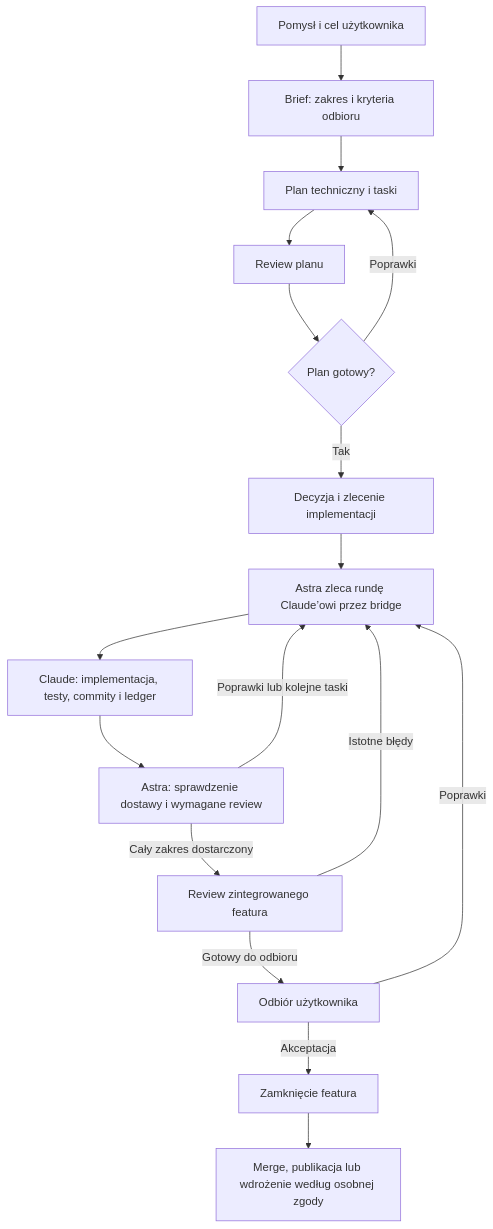
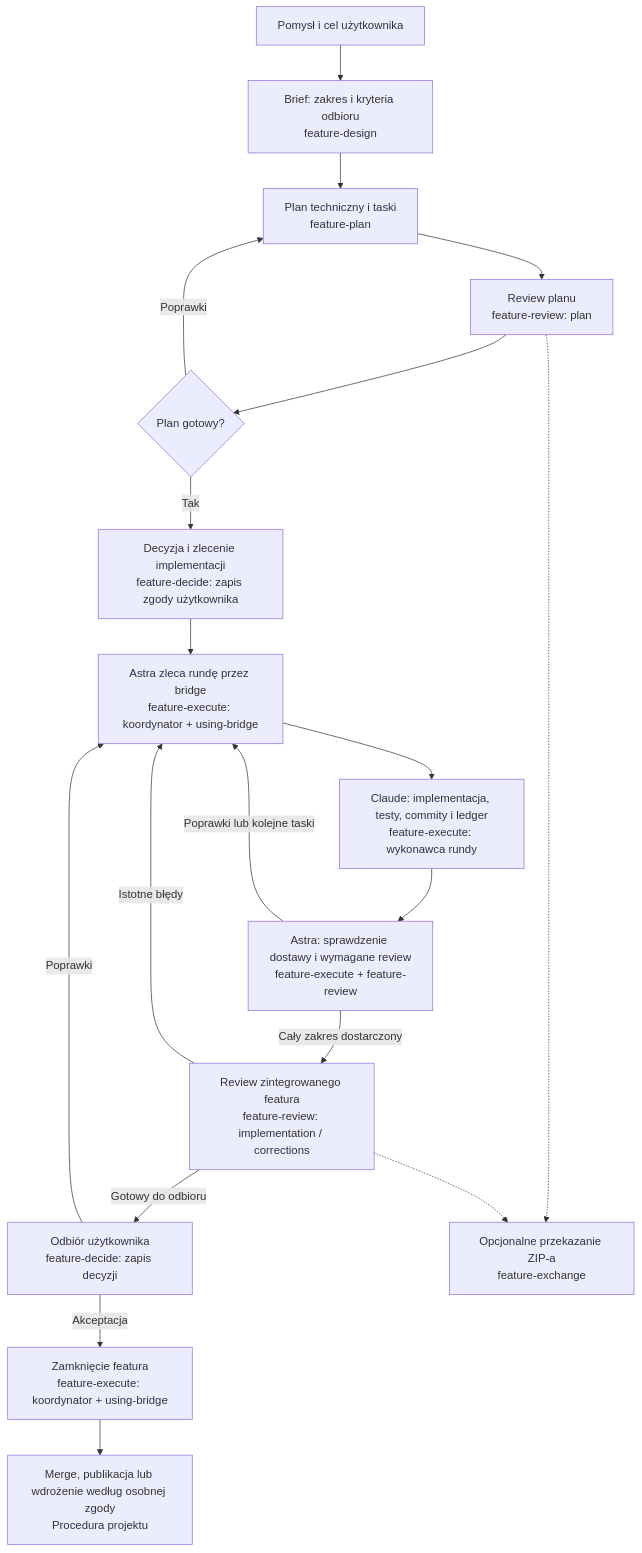
Before and after one commit to McAvity/bidirectional-bridge-claude-codex: the diagram in docs/feature-workflow-guide.md, drawn with Mermaid. The commit also changed other lines of this file and 1 other file, not shown here.

Commit message:
docs: label feature lifecycle diagram with workflow skills

````diff
--- a/docs/feature-workflow-guide.md
+++ b/docs/feature-workflow-guide.md
@@ -10,19 +10,21 @@
 ```mermaid
 flowchart TD
-    A[Pomysł i cel użytkownika] --> B[Brief: zakres i kryteria odbioru]
-    B --> C[Plan techniczny i taski]
-    C --> D[Review planu]
+    A[Pomysł i cel użytkownika] --> B["Brief: zakres i kryteria odbioru<br/>feature-design"]
+    B --> C["Plan techniczny i taski<br/>feature-plan"]
+    C --> D["Review planu<br/>feature-review: plan"]
     D --> E{Plan gotowy?}
     E -->|Poprawki| C
-    E -->|Tak| F[Decyzja i zlecenie implementacji]
-    F --> G[Astra zleca rundę Claude’owi przez bridge]
-    G --> H[Claude: implementacja, testy, commity i ledger]
-    H --> I[Astra: sprawdzenie dostawy i wymagane review]
+    E -->|Tak| F["Decyzja i zlecenie implementacji<br/>feature-decide: zapis zgody użytkownika"]
+    F --> G["Astra zleca rundę przez bridge<br/>feature-execute: koordynator + using-bridge"]
+    G --> H["Claude: implementacja, testy, commity i ledger<br/>feature-execute: wykonawca rundy"]
+    H --> I["Astra: sprawdzenie dostawy i wymagane review<br/>feature-execute + feature-review"]
     I -->|Poprawki lub kolejne taski| G
-    I -->|Cały zakres dostarczony| J[Review zintegrowanego featura]
+    I -->|Cały zakres dostarczony| J["Review zintegrowanego featura<br/>feature-review: implementation / corrections"]
     J -->|Istotne błędy| G
-    J -->|Gotowy do odbioru| K[Odbiór użytkownika]
+    J -->|Gotowy do odbioru| K["Odbiór użytkownika<br/>feature-decide: zapis decyzji"]
     K -->|Poprawki| G
-    K -->|Akceptacja| L[Zamknięcie featura]
-    L --> M[Merge, publikacja lub wdrożenie według osobnej zgody]
+    K -->|Akceptacja| L["Zamknięcie featura<br/>feature-execute: koordynator + using-bridge"]
+    L --> M["Merge, publikacja lub wdrożenie według osobnej zgody<br/>Procedura projektu"]
+    D -.-> X["Opcjonalne przekazanie ZIP-a<br/>feature-exchange"]
+    J -.-> X
 ```
````
